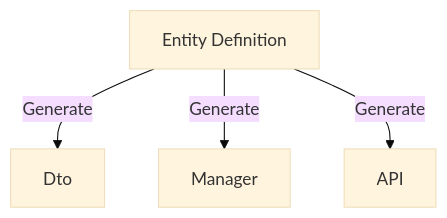
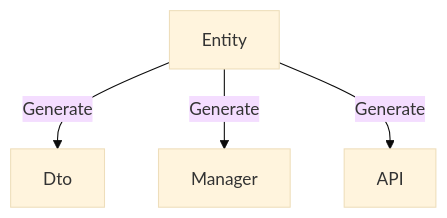
One commit to AterDev/Perigon.docs changed the first of 2 diagrams in Content/docs/Perigon/en-US/10.0/Introduction.md. Above: the diagram before and after it, drawn with Mermaid (base theme). The commit also changed other lines of this file and 39 other files, not shown here.

````diff
--- a/Content/docs/Perigon/en-US/10.0/Introduction.md
+++ b/Content/docs/Perigon/en-US/10.0/Introduction.md
@@ -140,11 +157,11 @@
 ```mermaid
 graph TD;
-    Entity[Entity Definition]
-    Dto[Dto]
-    Controller[API]
-    Manager[Manager]
+  Entity[Entity]
+  Dto[Dto]
+  Controller[API]
+  Manager[Manager]
 
-    Entity-->|Generate|Dto;
-    Entity-->|Generate|Manager;
-    Entity-->|Generate|Controller;
+  Entity-->|Generate|Dto;
+  Entity-->|Generate|Manager;
+  Entity-->|Generate|Controller;
 ```
````
